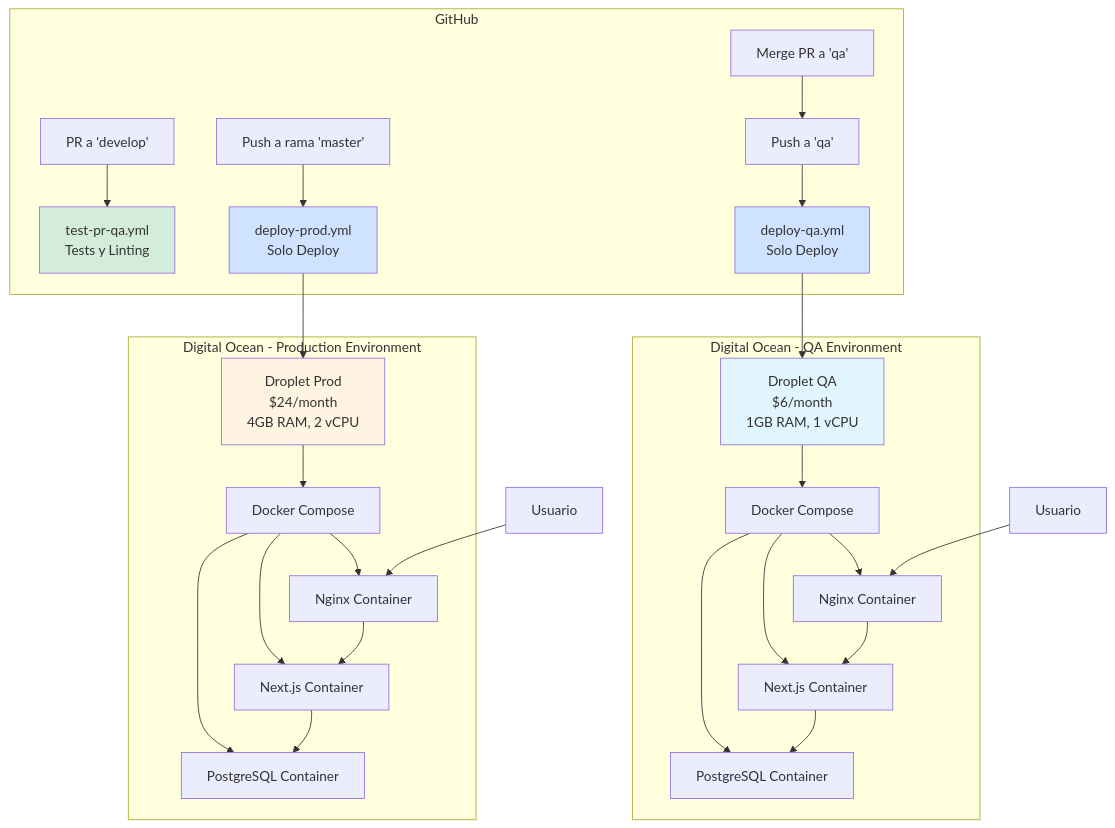
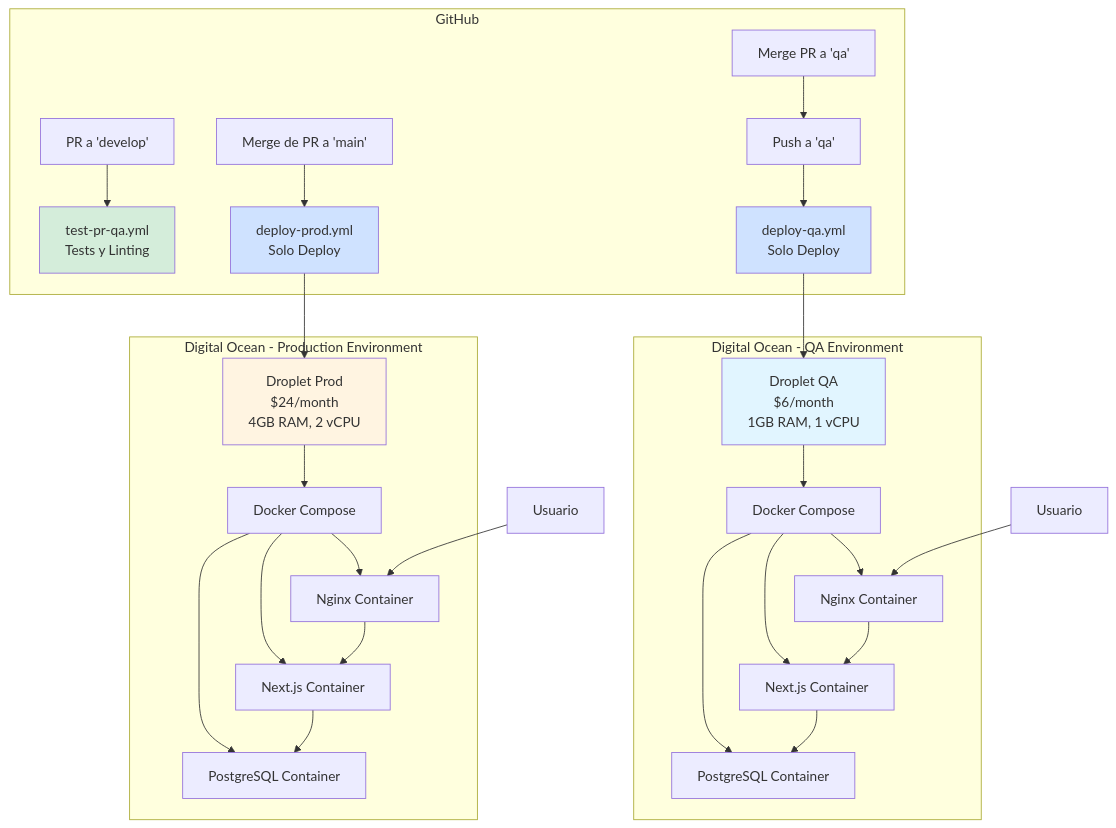
Before and after one commit to financieramentecu/financieramente-app: the third of 3 diagrams in docs/INFRASTRUCTURE.md, drawn with Mermaid. The commit also changed other lines of this file and 4 other files, not shown here.

Commit message:
docs(release): replace master and direct pushes with PR flow in ops docs

````diff
--- a/docs/INFRASTRUCTURE.md
+++ b/docs/INFRASTRUCTURE.md
@@ -98,39 +98,39 @@
 ```mermaid
 graph TB
     subgraph GitHub
         A1[PR a 'develop'] --> B1[test-pr-qa.yml<br/>Tests y Linting]
         A2[Merge PR a 'qa'] --> A3[Push a 'qa']
         A3 --> B2[deploy-qa.yml<br/>Solo Deploy]
-        C[Push a rama 'master'] --> D[deploy-prod.yml<br/>Solo Deploy]
+        C[Merge de PR a 'main'] --> D[deploy-prod.yml<br/>Solo Deploy]
     end
 
     subgraph "Digital Ocean - QA Environment"
         B2 --> E[Droplet QA<br/>$6/month<br/>1GB RAM, 1 vCPU]
         E --> F[Docker Compose]
         F --> G[PostgreSQL Container]
         F --> H[Next.js Container]
         F --> I[Nginx Container]
     end
 
     subgraph "Digital Ocean - Production Environment"
         D --> J[Droplet Prod<br/>$24/month<br/>4GB RAM, 2 vCPU]
         J --> K[Docker Compose]
         K --> L[PostgreSQL Container]
         K --> M[Next.js Container]
         K --> N[Nginx Container]
     end
 
     O[Usuario] --> I
     P[Usuario] --> N
 
     I --> H
     N --> M
     H --> G
     M --> L
 
     style E fill:#e1f5ff
     style J fill:#fff4e1
     style B1 fill:#d4edda
     style B2 fill:#cfe2ff
     style D fill:#cfe2ff
 ```
````
